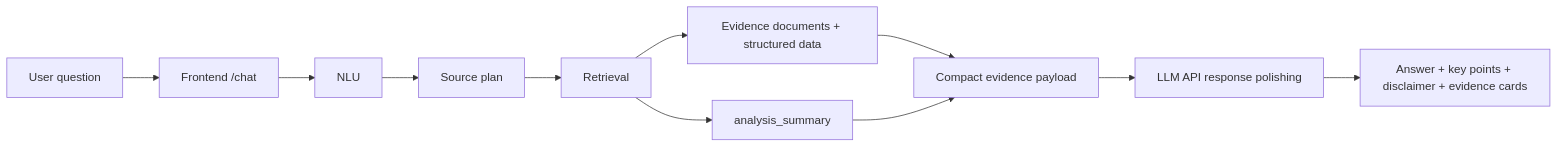
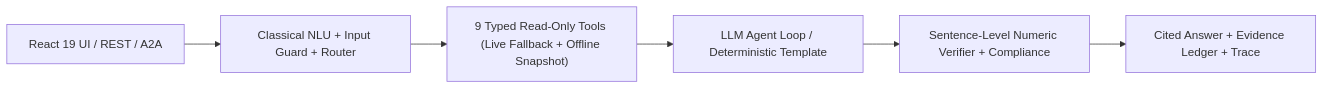
The diagram in docs/presentation/slide-outline.md (beautifulrem/FinSight), drawn with Mermaid before and after one commit. The commit also changed other lines of this file and 54 other files, not shown here.

````diff
--- a/docs/presentation/slide-outline.md
+++ b/docs/presentation/slide-outline.md
@@ -36,13 +13,8 @@
 ```mermaid
 flowchart LR
-  A["User question"] --> B["Frontend /chat"]
-  B --> C["NLU"]
-  C --> D["Source plan"]
-  D --> E["Retrieval"]
-  E --> F["analysis_summary"]
-  E --> G["Evidence documents + structured data"]
-  G --> H["Compact evidence payload"]
-  F --> H
-  H --> I["LLM API response polishing"]
-  I --> J["Answer + key points + disclaimer + evidence cards"]
+  U["React 19 UI / REST / A2A"] --> G["Classical NLU + Input Guard + Router"]
+  G --> T["9 Typed Read-Only Tools (Live Fallback + Offline Snapshot)"]
+  T --> C["LLM Agent Loop / Deterministic Template"]
+  C --> V["Sentence-Level Numeric Verifier + Compliance"]
+  V --> OUT["Cited Answer + Evidence Ledger + Trace"]
 ```
````
